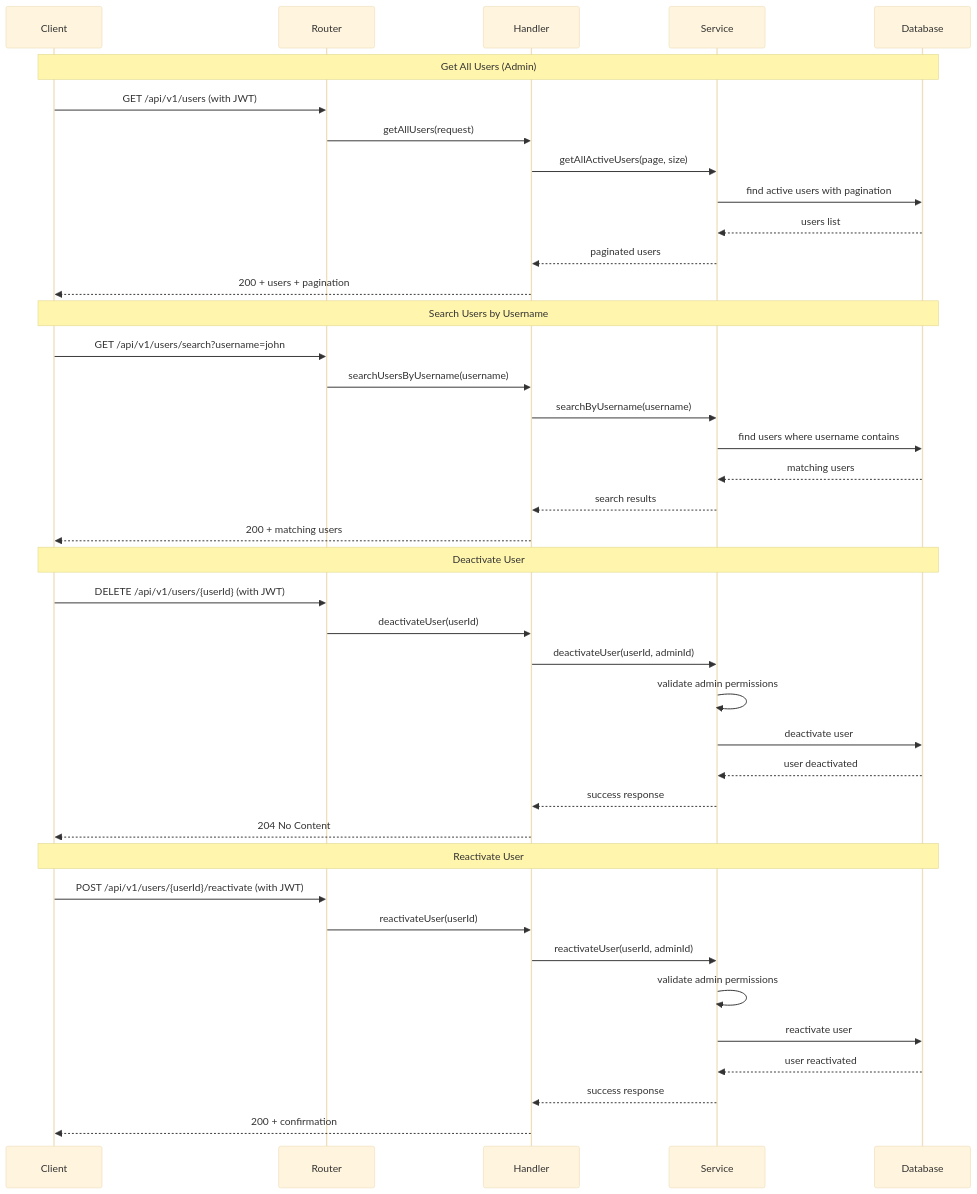
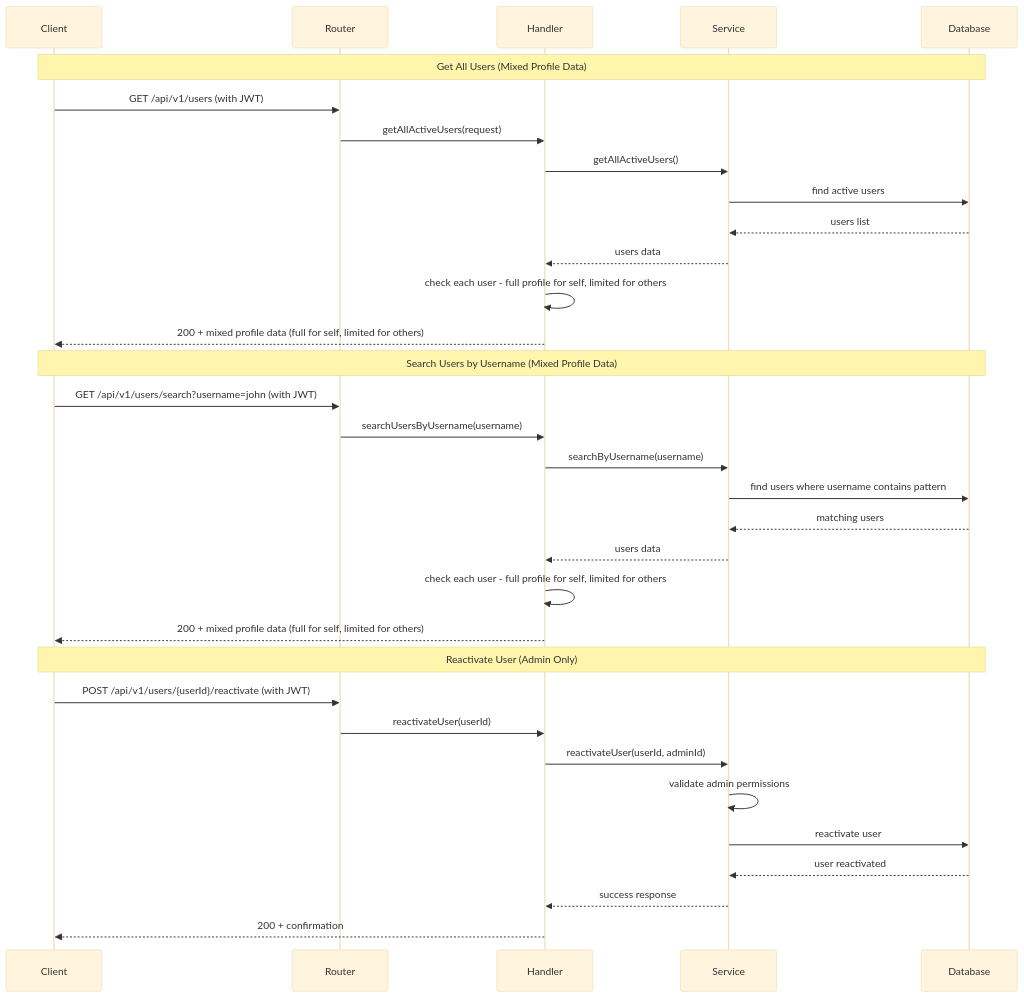
The seventh of 7 diagrams in docs/architecture-diagram.md (pranavskurup/backend-coding-challenge), drawn with Mermaid (base theme) before and after one commit. The commit also changed other lines of this file and 5 other files, not shown here.

Commit message:
feat: Enhance user profile retrieval with flexible response DTOs for own and other users' profiles

````diff
--- a/docs/architecture-diagram.md
+++ b/docs/architecture-diagram.md
@@ -363,46 +373,38 @@
 ```mermaid
 sequenceDiagram
     participant C as Client
     participant R as Router
     participant H as Handler
     participant S as Service
     participant DB as Database
 
-    Note over C,DB: Get All Users (Admin)
+    Note over C,DB: Get All Users (Mixed Profile Data)
     C->>R: GET /api/v1/users (with JWT)
-    R->>H: getAllUsers(request)
-    H->>S: getAllActiveUsers(page, size)
-    S->>DB: find active users with pagination
+    R->>H: getAllActiveUsers(request)
+    H->>S: getAllActiveUsers()
+    S->>DB: find active users
     DB-->>S: users list
-    S-->>H: paginated users
-    H-->>C: 200 + users + pagination
+    S-->>H: users data
+    H->>H: check each user - full profile for self, limited for others
+    H-->>C: 200 + mixed profile data (full for self, limited for others)
 
-    Note over C,DB: Search Users by Username
-    C->>R: GET /api/v1/users/search?username=john
+    Note over C,DB: Search Users by Username (Mixed Profile Data)
+    C->>R: GET /api/v1/users/search?username=john (with JWT)
     R->>H: searchUsersByUsername(username)
     H->>S: searchByUsername(username)
-    S->>DB: find users where username contains
+    S->>DB: find users where username contains pattern
     DB-->>S: matching users
-    S-->>H: search results
-    H-->>C: 200 + matching users
+    S-->>H: users data
+    H->>H: check each user - full profile for self, limited for others
+    H-->>C: 200 + mixed profile data (full for self, limited for others)
 
-    Note over C,DB: Deactivate User
-    C->>R: DELETE /api/v1/users/{userId} (with JWT)
-    R->>H: deactivateUser(userId)
-    H->>S: deactivateUser(userId, adminId)
-    S->>S: validate admin permissions
-    S->>DB: deactivate user
-    DB-->>S: user deactivated
-    S-->>H: success response
-    H-->>C: 204 No Content
-
-    Note over C,DB: Reactivate User
+    Note over C,DB: Reactivate User (Admin Only)
     C->>R: POST /api/v1/users/{userId}/reactivate (with JWT)
     R->>H: reactivateUser(userId)
     H->>S: reactivateUser(userId, adminId)
     S->>S: validate admin permissions
     S->>DB: reactivate user
     DB-->>S: user reactivated
     S-->>H: success response
     H-->>C: 200 + confirmation
 ```
````
